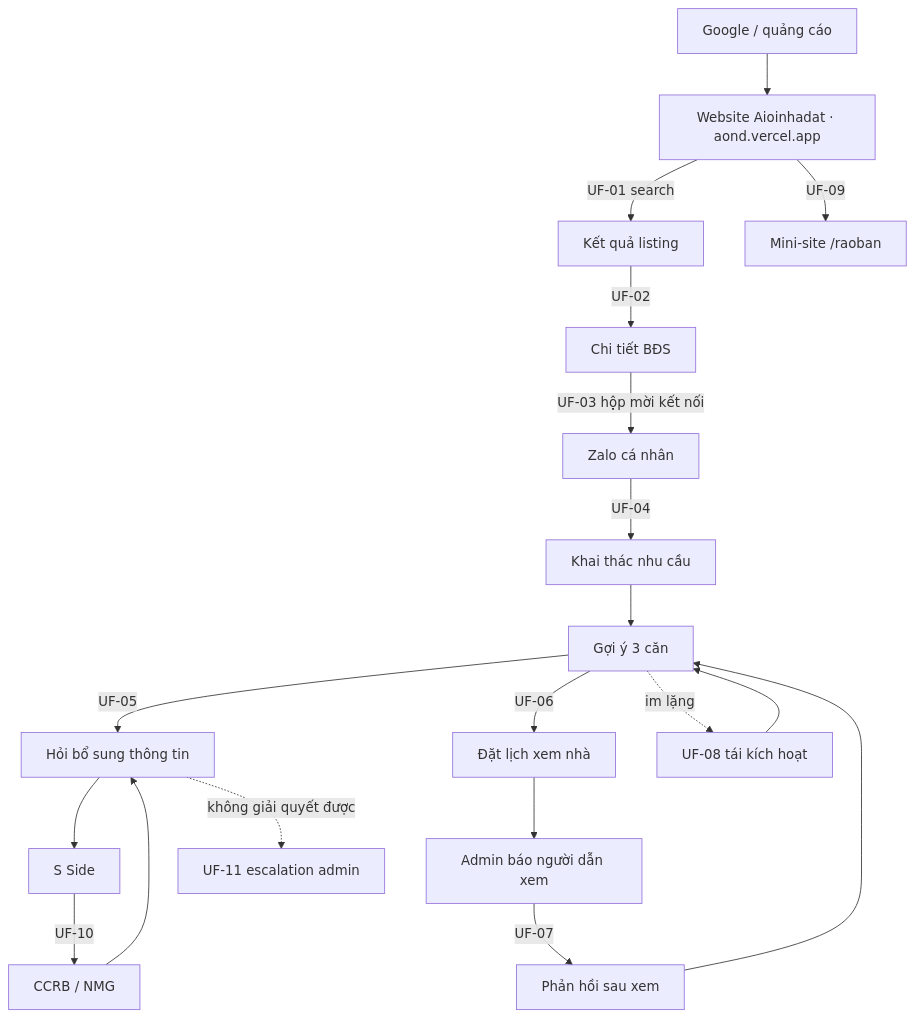
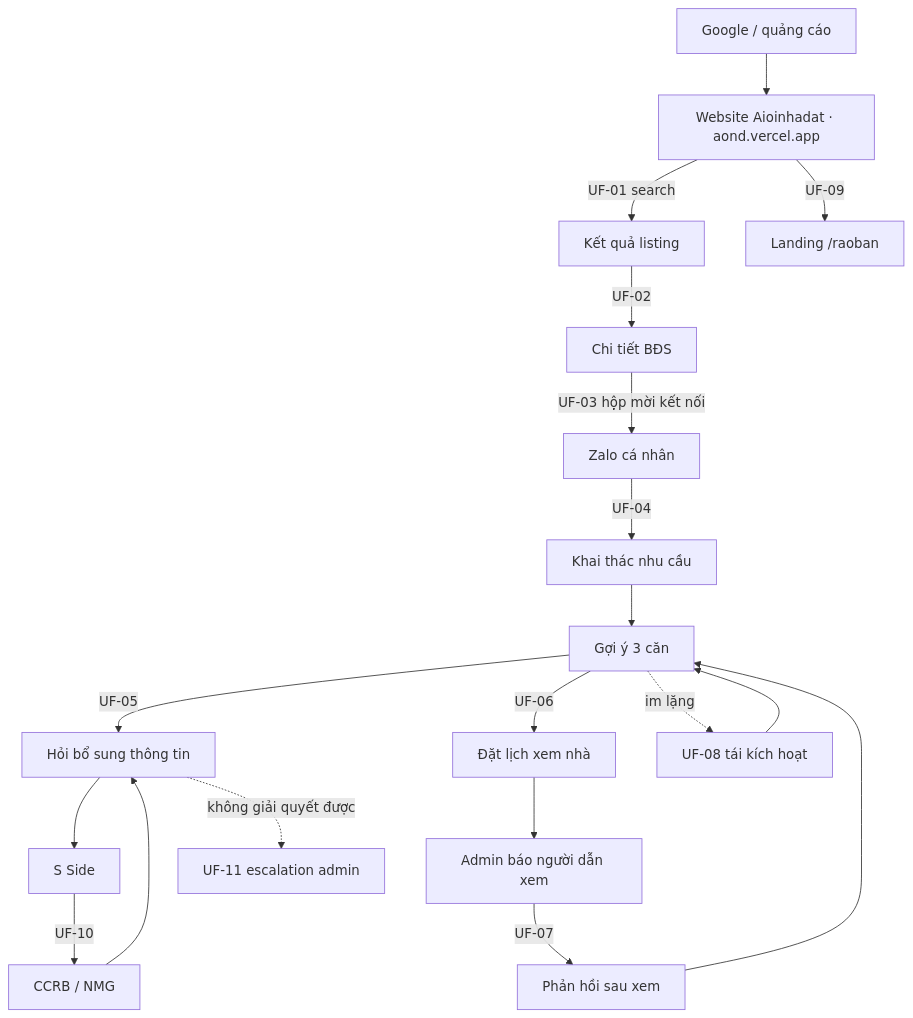
One commit to quang507/AOND changed the first of 8 diagrams in docs/03-user-flows.md. Above: the diagram before and after it, drawn with Mermaid. The commit also changed other lines of this file and 17 other files, not shown here.

````diff
--- a/docs/03-user-flows.md
+++ b/docs/03-user-flows.md
@@ -15,21 +15,21 @@
 ```mermaid
 flowchart TD
     G[Google / quảng cáo] --> W[Website Aioinhadat · aond.vercel.app]
     W -->|UF-01 search| L[Kết quả listing]
     L -->|UF-02| D[Chi tiết BĐS]
     D -->|UF-03 hộp mời kết nối| Z[Zalo cá nhân]
-    W -->|UF-09| SM["Mini-site /raoban"]
+    W -->|UF-09| SM["Landing /raoban"]
     Z -->|UF-04| NEED[Khai thác nhu cầu]
     NEED --> REC[Gợi ý 3 căn]
     REC -->|UF-05| ASK[Hỏi bổ sung thông tin]
     ASK --> SS[S Side]
     SS -->|UF-10| S[CCRB / NMG]
     S --> ASK
     REC -->|UF-06| BOOK[Đặt lịch xem nhà]
     BOOK --> ADMIN[Admin báo người dẫn xem]
     ADMIN -->|UF-07| FB[Phản hồi sau xem]
     FB --> REC
     REC -.im lặng.-> UF8[UF-08 tái kích hoạt]
     UF8 --> REC
     ASK -.không giải quyết được.-> ADM[UF-11 escalation admin]
 ```
````
